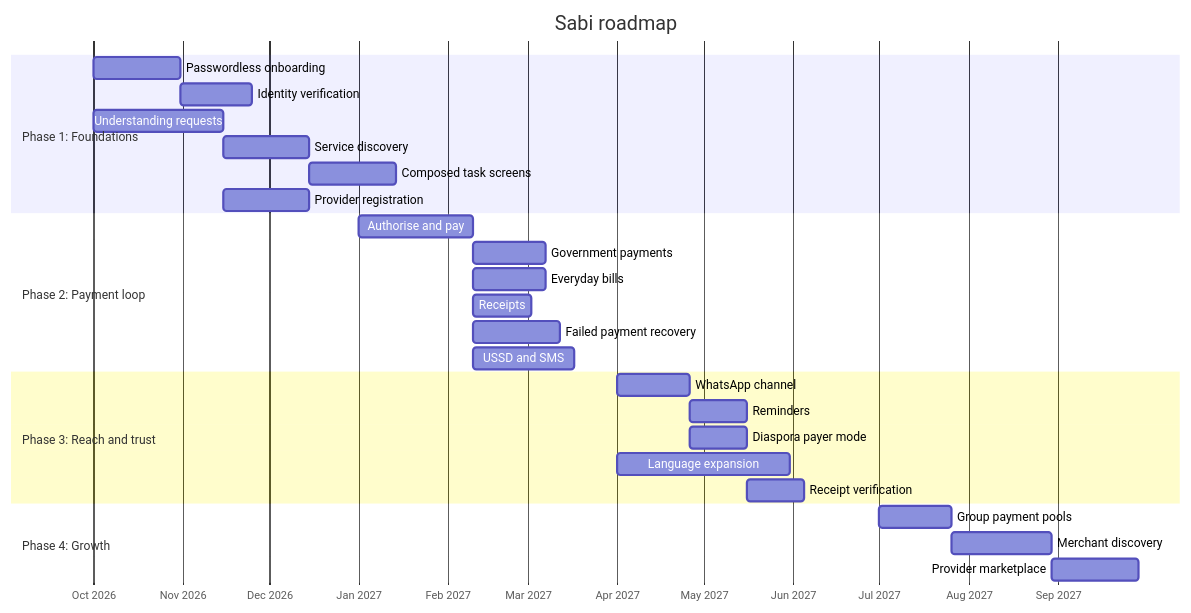
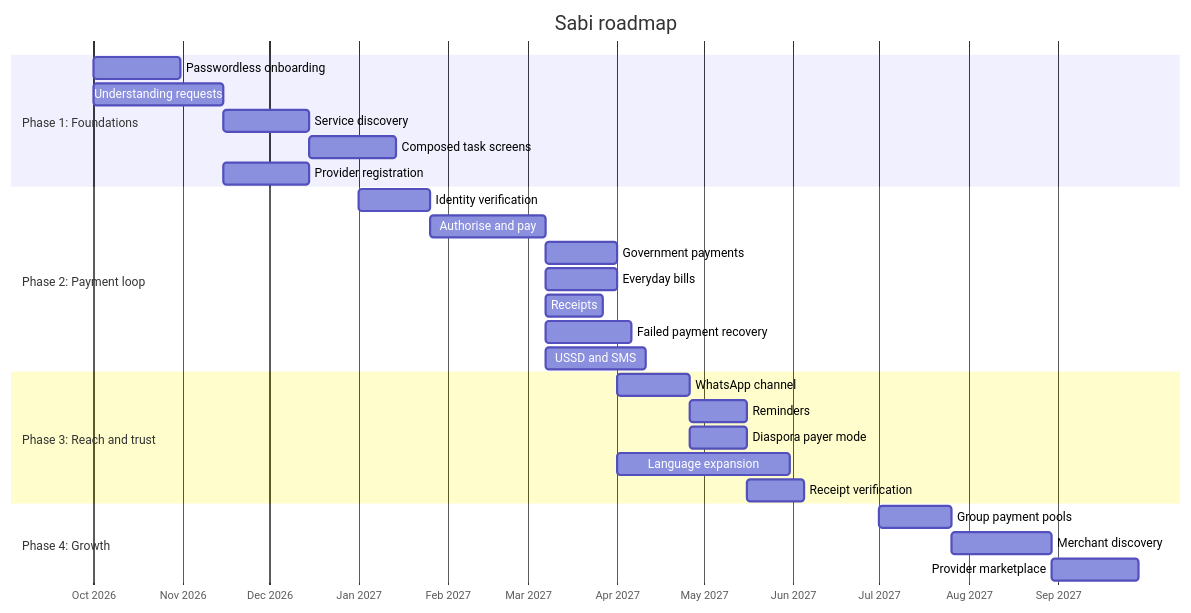
One commit to vanguard-op/sabi-docs changed the diagram in Sabi/roadmap.md. Above: the diagram before and after it, drawn with Mermaid. The commit also changed other lines of this file and 17 other files, not shown here.

First line of the commit message:
docs(sabi): reconcile schema; add Remita consumer threat

````diff
--- a/Sabi/roadmap.md
+++ b/Sabi/roadmap.md
@@ -9,30 +9,30 @@
 ```mermaid
 gantt
     title Sabi roadmap
     dateFormat  YYYY-MM-DD
     axisFormat  %b %Y
     section Phase 1: Foundations
     Passwordless onboarding      :f001, 2026-10-01, 30d
-    Identity verification        :f002, after f001, 25d
     Understanding requests       :f003, 2026-10-01, 45d
     Service discovery            :f004, after f003, 30d
     Composed task screens        :f011, after f004, 30d
     Provider registration        :f012, after f003, 30d
     section Phase 2: Payment loop
-    Authorise and pay            :f005, 2027-01-01, 40d
+    Identity verification        :f002, 2027-01-01, 25d
+    Authorise and pay            :f005, after f002, 40d
     Government payments          :f006, after f005, 25d
     Everyday bills               :f007, after f005, 25d
     Receipts                     :f008, after f005, 20d
     Failed payment recovery      :f009, after f005, 30d
     USSD and SMS                 :f010, after f005, 35d
     section Phase 3: Reach and trust
     WhatsApp channel             :f013, 2027-04-01, 25d
     Reminders                    :f014, after f013, 20d
     Diaspora payer mode          :f015, after f013, 20d
     Language expansion           :f016, 2027-04-01, 60d
     Receipt verification         :f017, after f014, 20d
     section Phase 4: Growth
     Group payment pools          :f018, 2027-07-01, 25d
     Merchant discovery           :f019, after f018, 35d
     Provider marketplace         :f020, after f019, 30d
 ```
````
